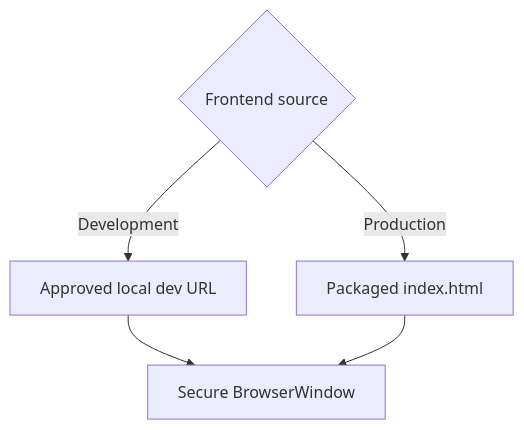
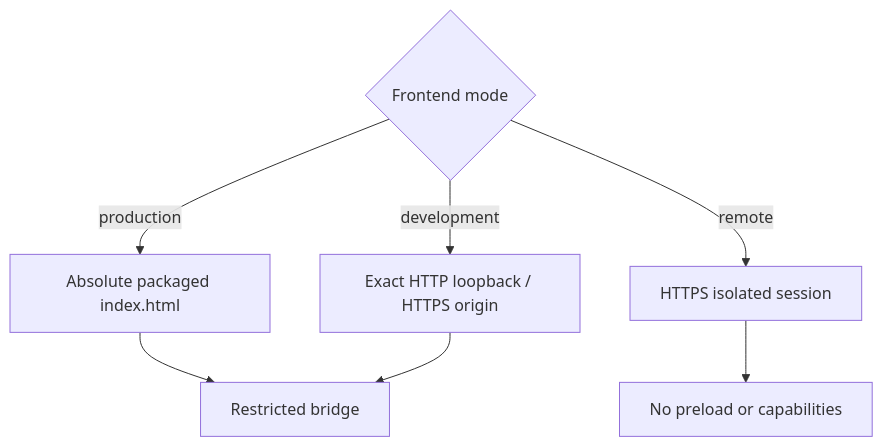
The second of 2 diagrams in README.md (SidheshwarSarangal/universal-desktop-shell), drawn with Mermaid before and after one commit. The commit also changed other lines of this file and 38 other files, not shown here.

````diff
--- a/README.md
+++ b/README.md
@@ -34,8 +92,10 @@
 ```mermaid
 flowchart TB
-    Source{Frontend source}
-    Source -->|Development| URL[Approved local dev URL]
-    Source -->|Production| Build[Packaged index.html]
-    URL --> Window[Secure BrowserWindow]
-    Build --> Window
+    Source{Frontend mode}
+    Source -->|production| Local[Absolute packaged index.html]
+    Source -->|development| Dev[Exact HTTP loopback / HTTPS origin]
+    Source -->|remote| Remote[HTTPS isolated session]
+    Local --> Bridge[Restricted bridge]
+    Dev --> Bridge
+    Remote --> None[No preload or capabilities]
 ```
````
